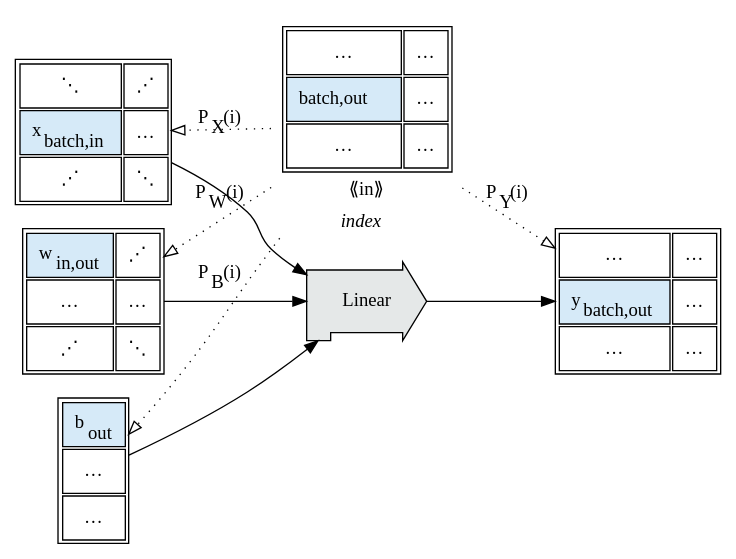
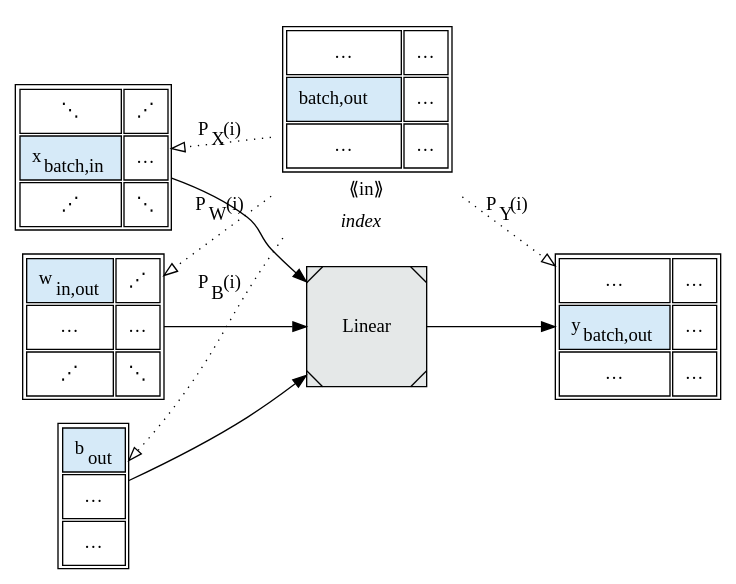
Before and after one commit to crutcher/crutcher.github.io-source: diagram 26 of 28 in source/Tapestry/index.md, drawn with Graphviz. The commit also changed other lines of this file and 1 other file, not shown here.

Commit message:
diagram nodes

```diff
--- a/source/Tapestry/index.md
+++ b/source/Tapestry/index.md
@@ -3245,7 +3245,7 @@
 
     Linear [
         label=Linear,
-        shape=rpromoter,
+        shape=Msquare,
         style=filled,
         fillcolor="#E5E8E8",
         margin=0.3
```
